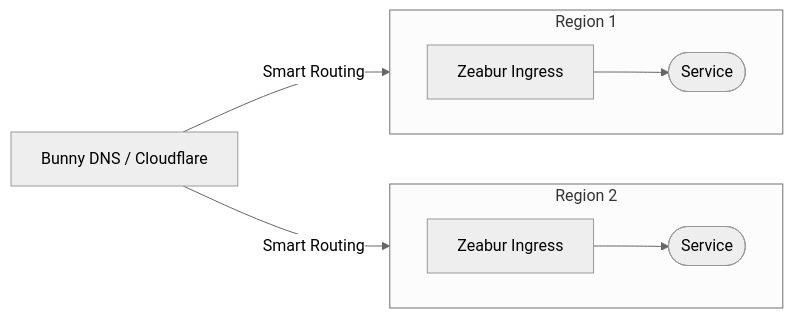
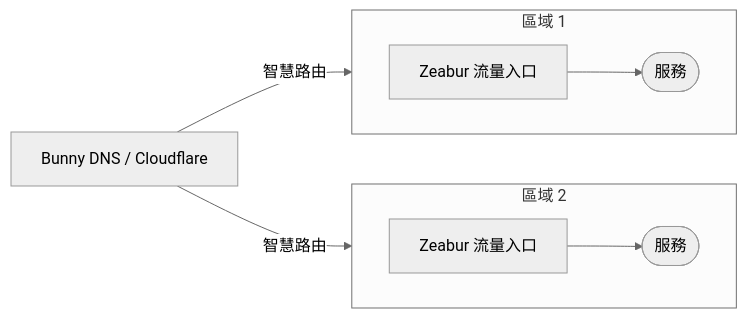
The first of 3 diagrams in docs/pages/zh-TW/networking/high-availability.mdx (zeabur/zeabur), drawn with Mermaid (neutral theme) before and after one commit. The commit also changed other lines of this file, not shown here.

Commit message:
docs(networking/ha): translate chart in zh-TW

````diff
--- a/docs/pages/zh-TW/networking/high-availability.mdx
+++ b/docs/pages/zh-TW/networking/high-availability.mdx
@@ -21,17 +21,17 @@
 ```mermaid
 flowchart LR
     DNS[Bunny DNS / Cloudflare]
     
-    subgraph R1[Region 1]
+    subgraph R1[區域 1]
         direction LR
-        Ingress1[Zeabur Ingress] --> Srv1([Service])
+        Ingress1[Zeabur 流量入口] --> Srv1([服務])
     end
 
-    subgraph R2[Region 2]
+    subgraph R2[區域 2]
         direction LR
-        Ingress2[Zeabur Ingress] --> Srv2([Service])
+        Ingress2[Zeabur 流量入口] --> Srv2([服務])
     end
 
-    DNS -- Smart Routing --> R1
-    DNS -- Smart Routing --> R2
+    DNS -- 智慧路由 --> R1
+    DNS -- 智慧路由 --> R2
 ```
````
